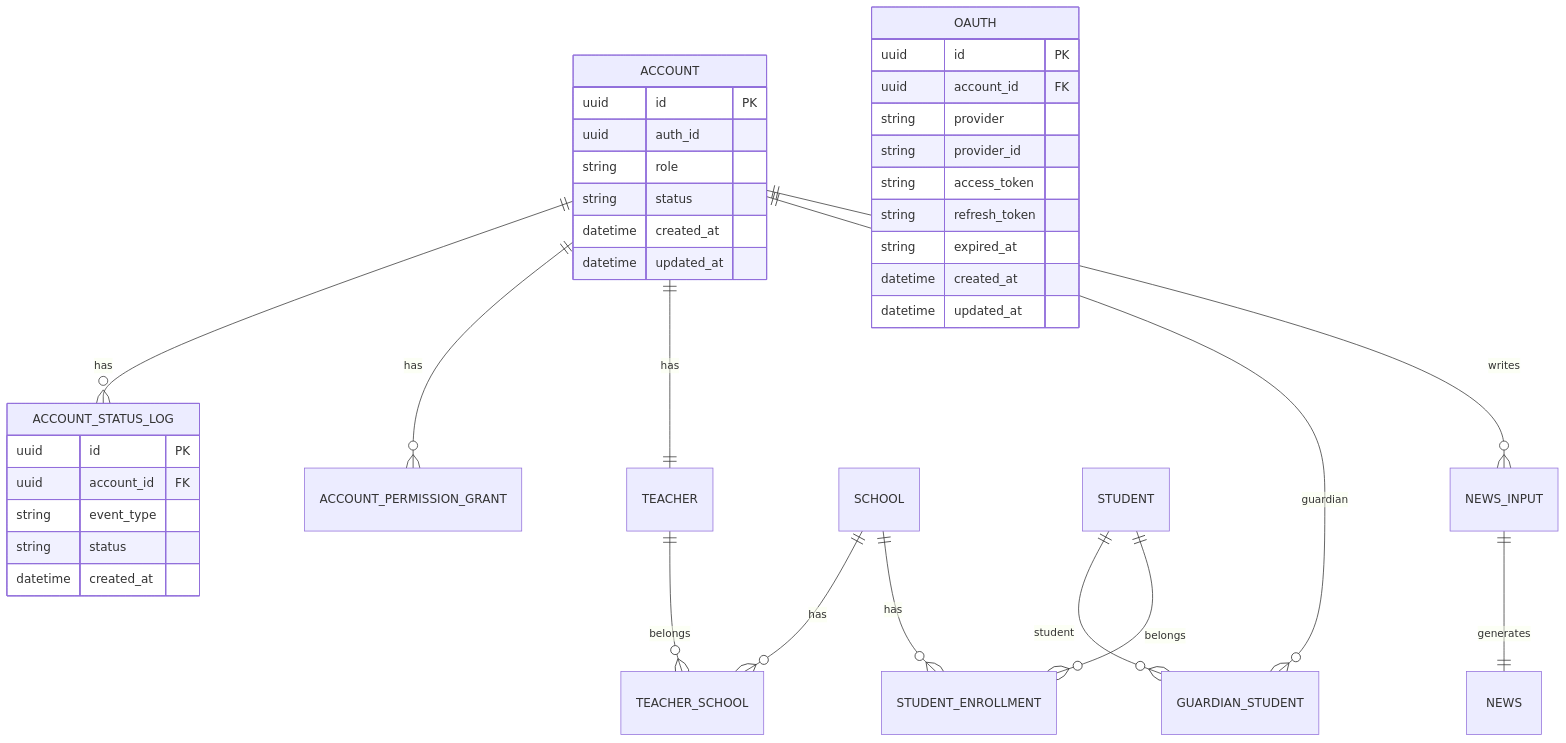
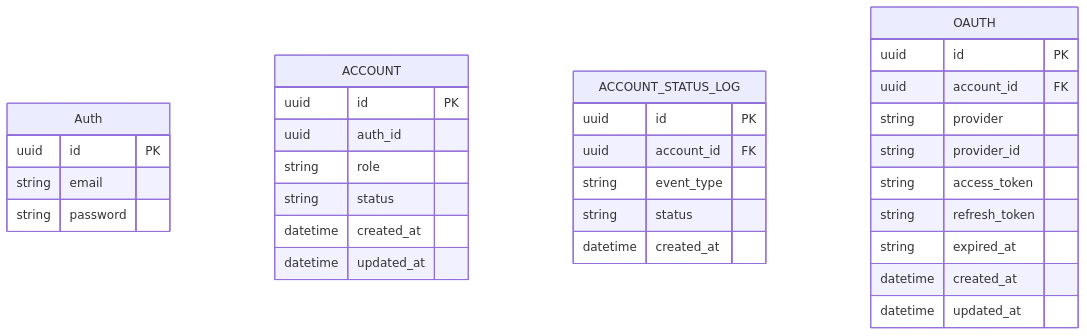
One commit to hiro-nono/team_z changed the diagram in README.md. Above: the diagram before and after it, drawn with Mermaid. The commit also changed 2 other files, not shown here.

````diff
--- a/README.md
+++ b/README.md
@@ -86,47 +86,38 @@
 ```mermaid
 erDiagram
-    ACCOUNT ||--o{ ACCOUNT_STATUS_LOG : has
-    ACCOUNT ||--o{ ACCOUNT_PERMISSION_GRANT : has
 
-    ACCOUNT ||--|| TEACHER : has
-    TEACHER ||--o{ TEACHER_SCHOOL : belongs
-    SCHOOL ||--o{ TEACHER_SCHOOL : has
-
-    ACCOUNT ||--o{ GUARDIAN_STUDENT : guardian
-    STUDENT ||--o{ GUARDIAN_STUDENT : student
-
-    SCHOOL ||--o{ STUDENT_ENROLLMENT : has
-    STUDENT ||--o{ STUDENT_ENROLLMENT : belongs
-
-    ACCOUNT ||--o{ NEWS_INPUT : writes
-    NEWS_INPUT ||--|| NEWS : generates
+    Auth {
+        uuid id PK
+        string email
+        string password
+    }
 
     ACCOUNT {
         uuid id PK
         uuid auth_id
         string role
         string status
         datetime created_at
         datetime updated_at
     }
 
     ACCOUNT_STATUS_LOG {
         uuid id PK
         uuid account_id FK
         string event_type
         string status
         datetime created_at
     }
 
     OAUTH {
         uuid id PK
         uuid account_id FK
         string provider
         string provider_id
         string access_token
         string refresh_token
         string expired_at
         datetime created_at
         datetime updated_at
     }
 ```
````
